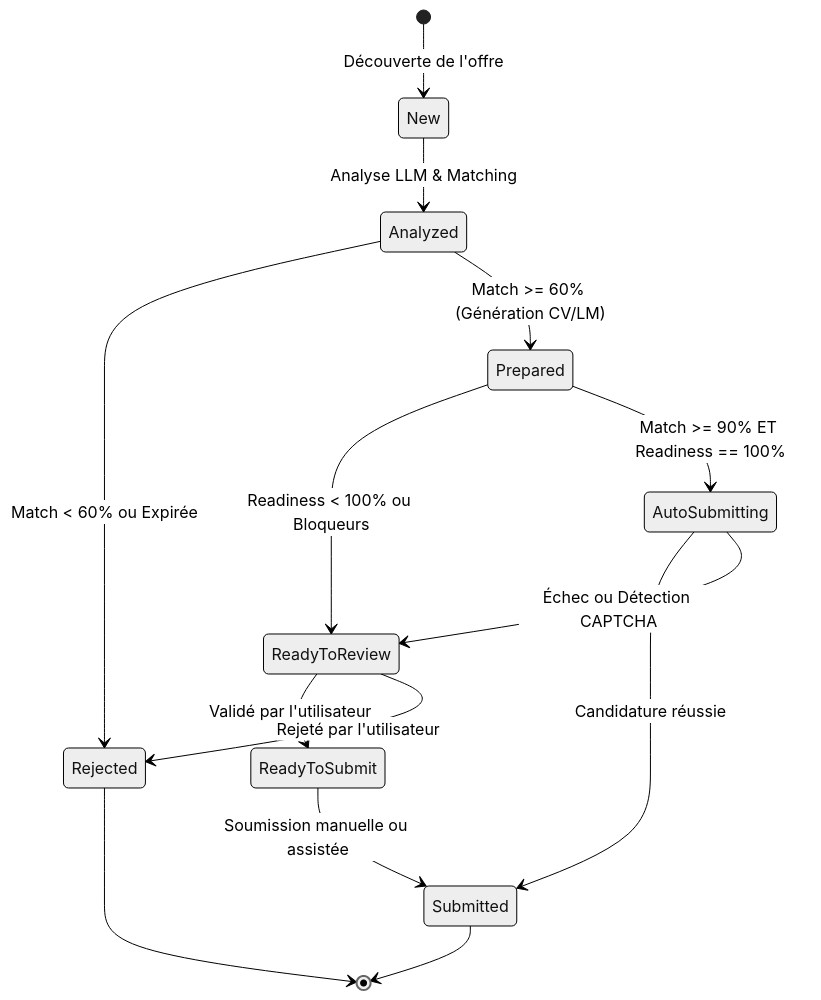
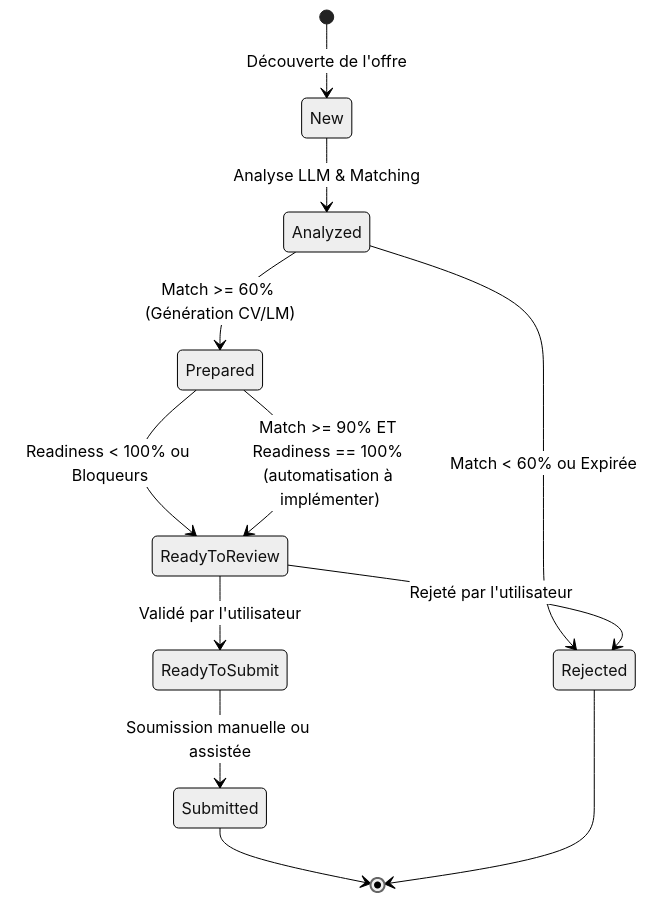
One commit to HangaWilfried/jober changed the third of 3 diagrams in docs/ARCHITECTURE.md. Above: the diagram before and after it, drawn with Mermaid (neutral theme). The commit also changed other lines of this file and 41 other files, not shown here.

````diff
--- a/docs/ARCHITECTURE.md
+++ b/docs/ARCHITECTURE.md
@@ -133,20 +140,17 @@
 ```mermaid
 stateDiagram-v2
     [*] --> New: Découverte de l'offre
     New --> Analyzed: Analyse LLM & Matching
     Analyzed --> Rejected: Match < 60% ou Expirée
     Analyzed --> Prepared: Match >= 60% (Génération CV/LM)
     
     Prepared --> ReadyToReview: Readiness < 100% ou Bloqueurs
-    Prepared --> AutoSubmitting: Match >= 90% ET Readiness == 100%
+    Prepared --> ReadyToReview: Match >= 90% ET Readiness == 100% (automatisation à implémenter)
     
     ReadyToReview --> ReadyToSubmit: Validé par l'utilisateur
     ReadyToReview --> Rejected: Rejeté par l'utilisateur
     
     ReadyToSubmit --> Submitted: Soumission manuelle ou assistée
-    AutoSubmitting --> Submitted: Candidature réussie
-    AutoSubmitting --> ReadyToReview: Échec ou Détection CAPTCHA
-    
     Submitted --> [*]
     Rejected --> [*]
 ```
````
